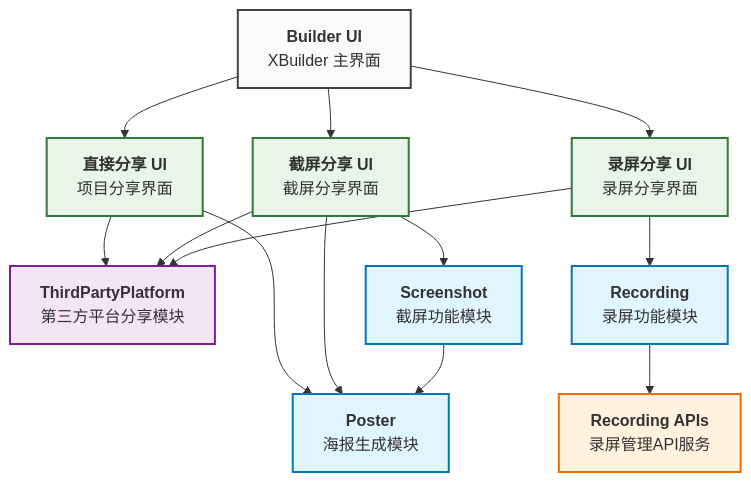
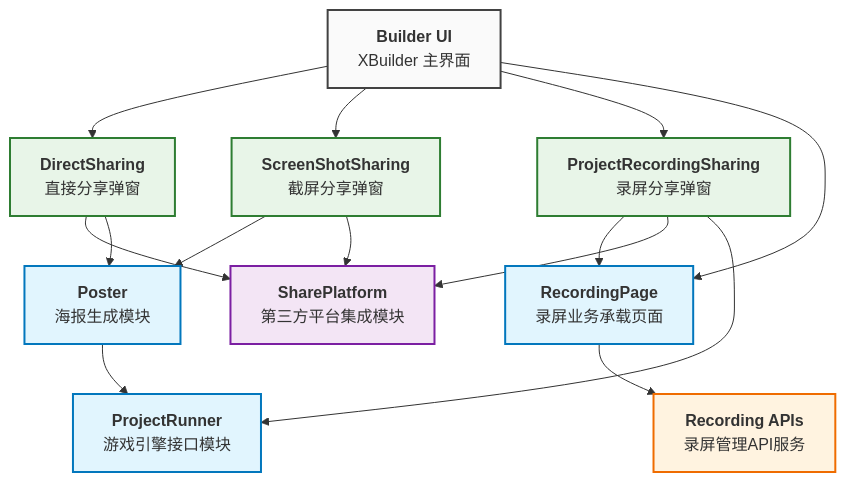
One commit to goplus/builder changed the diagram in docs/develop/share/index.md. Above: the diagram before and after it, drawn with Mermaid. The commit also changed other lines of this file, not shown here.

Commit message:
feat: Updated architecture design documents and module relationship diagrams

````diff
--- a/docs/develop/share/index.md
+++ b/docs/develop/share/index.md
@@ -36,67 +30,69 @@
 ```mermaid
 graph TB
-    %% 分享功能模块
-    ThirdPartyPlatform["`**ThirdPartyPlatform**
-    第三方平台分享模块`"]
+    %% 核心功能模块
+    SharePlatform["`**SharePlatform**
+    第三方平台集成模块`"]
     
     Poster["`**Poster**
     海报生成模块`"]
     
-    Screenshot["`**Screenshot**
-    截屏功能模块`"]
+    ProjectRunner["`**ProjectRunner**
+    游戏引擎接口模块`"]
     
-    Recording["`**Recording**
-    录屏功能模块`"]
+    RecordingPage["`**RecordingPage**
+    录屏业务承载页面`"]
     
     RecordingAPIs["`**Recording APIs**
     录屏管理API服务`"]
     
     %% 分享方式 UI 层
-    DirectShareUI["`**直接分享 UI**
-    项目分享界面`"]
+    DirectSharing["`**DirectSharing**
+    直接分享弹窗`"]
     
-    ScreenshotShareUI["`**截屏分享 UI**
-    截屏分享界面`"]
+    ScreenShotSharing["`**ScreenShotSharing**
+    截屏分享弹窗`"]
     
-    RecordingShareUI["`**录屏分享 UI**
-    录屏分享界面`"]
+    ProjectRecordingSharing["`**ProjectRecordingSharing**
+    录屏分享弹窗`"]
     
     %% XBuilder 主界面
     BuilderUI["`**Builder UI**
     XBuilder 主界面`"]
     
     %% 关系连接
-    BuilderUI --> DirectShareUI
-    BuilderUI --> ScreenshotShareUI
-    BuilderUI --> RecordingShareUI
+    BuilderUI --> DirectSharing
+    BuilderUI --> ScreenShotSharing
+    BuilderUI --> ProjectRecordingSharing
+    BuilderUI --> RecordingPage
     
     %% 直接分享流程
-    DirectShareUI --> ThirdPartyPlatform
-    DirectShareUI --> Poster
+    DirectSharing --> SharePlatform
+    DirectSharing --> Poster
     
     %% 截屏分享流程
-    ScreenshotShareUI --> Screenshot
-    ScreenshotShareUI --> ThirdPartyPlatform
-    ScreenshotShareUI --> Poster
+    %%ScreenShotSharing --> ProjectRunner
+    ScreenShotSharing --> Poster
+    ScreenShotSharing --> SharePlatform
     
     %% 录屏分享流程
-    RecordingShareUI --> Recording
-    RecordingShareUI --> ThirdPartyPlatform
+    ProjectRecordingSharing --> RecordingPage
+    ProjectRecordingSharing --> SharePlatform
+    ProjectRecordingSharing --> ProjectRunner
     
     %% 模块间协作
-    Screenshot --> Poster
-    Recording --> RecordingAPIs
+    RecordingPage --> RecordingAPIs
+    Poster --> ProjectRunner
     
     %% 样式定义
     classDef coreModule fill:#e1f5fe,stroke:#0277bd,stroke-width:2px
     classDef platformModule fill:#f3e5f5,stroke:#7b1fa2,stroke-width:2px
     classDef uiModule fill:#e8f5e8,stroke:#2e7d32,stroke-width:2px
     classDef apiModule fill:#fff3e0,stroke:#ef6c00,stroke-width:2px
     classDef builderModule fill:#fafafa,stroke:#424242,stroke-width:2px
     
-    class Poster,Screenshot,Recording coreModule
-    class ThirdPartyPlatform platformModule
-    class DirectShareUI,ScreenshotShareUI,RecordingShareUI uiModule
+    class Poster,ProjectRunner,RecordingPage coreModule
+    class SharePlatform platformModule
+    class DirectSharing,ScreenShotSharing,ProjectRecordingSharing uiModule
     class RecordingAPIs apiModule
     class BuilderUI builderModule
 ```
````
